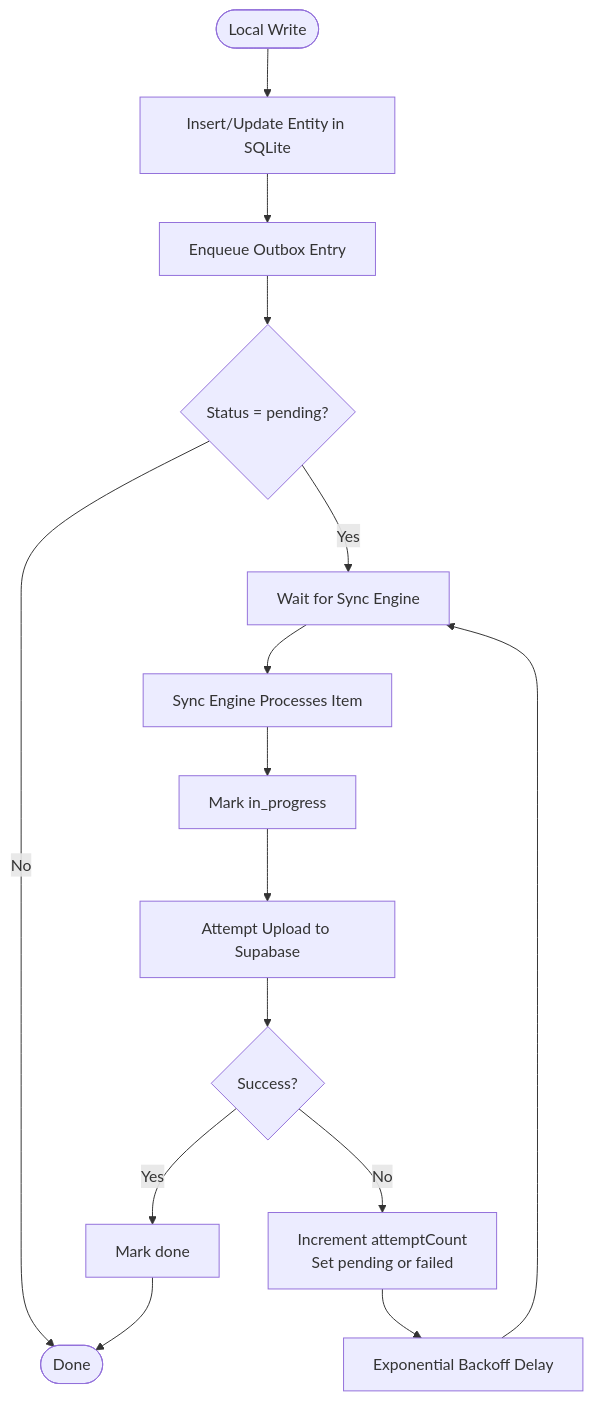
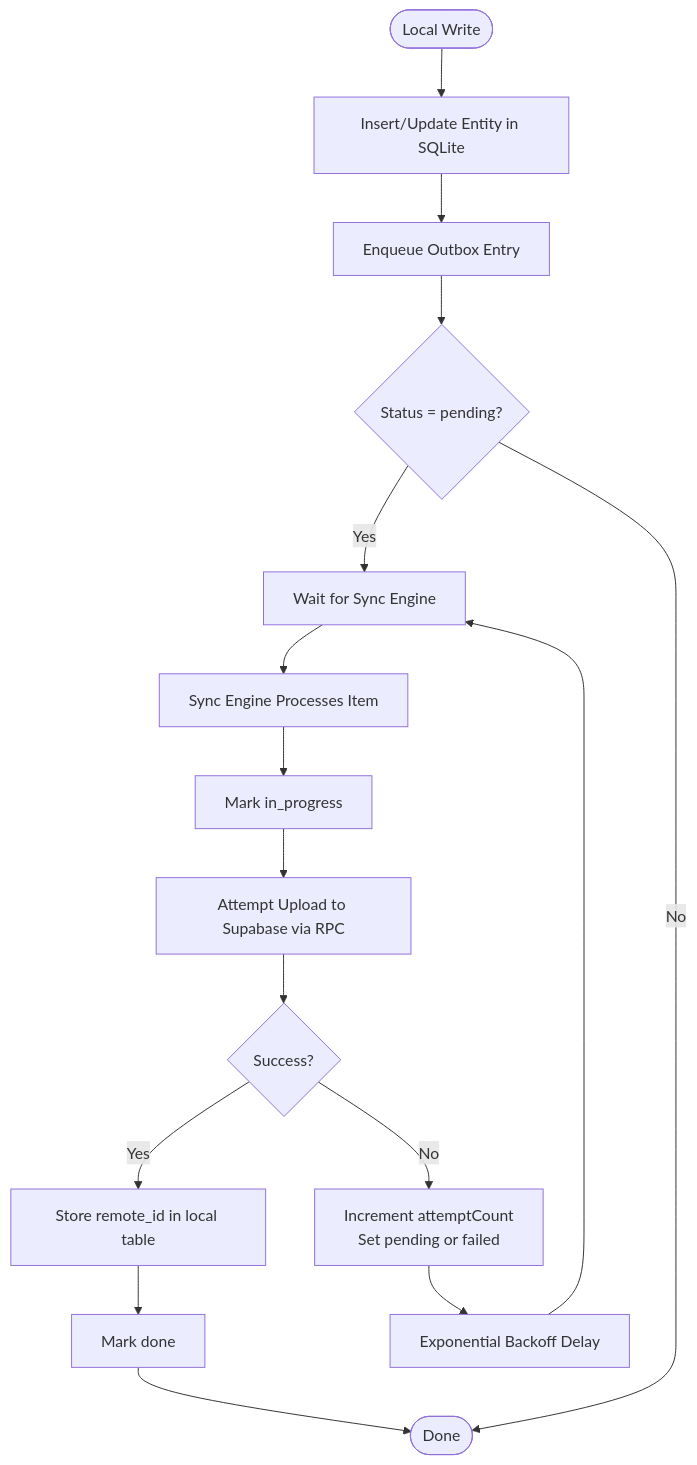
One commit to AdeelTahir-SE/DermSight changed the fourth of 10 diagrams in .qoder/repowiki/en/content/Synchronization System.md. Above: the diagram before and after it, drawn with Mermaid. The commit also changed other lines of this file and 33 other files, not shown here.

````diff
--- a/.qoder/repowiki/en/content/Synchronization System.md
+++ b/.qoder/repowiki/en/content/Synchronization System.md
@@ -150,17 +319,18 @@
 ```mermaid
 flowchart TD
 Start(["Local Write"]) --> InsertEntity["Insert/Update Entity in SQLite"]
 InsertEntity --> Enqueue["Enqueue Outbox Entry"]
 Enqueue --> StatusPending{"Status = pending?"}
 StatusPending --> |Yes| WaitForSync["Wait for Sync Engine"]
 StatusPending --> |No| End(["Done"])
 WaitForSync --> Process["Sync Engine Processes Item"]
 Process --> UpdateStatus["Mark in_progress"]
-UpdateStatus --> AttemptUpload["Attempt Upload to Supabase"]
+UpdateStatus --> AttemptUpload["Attempt Upload to Supabase via RPC"]
 AttemptUpload --> Success{"Success?"}
-Success --> |Yes| MarkDone["Mark done"]
+Success --> |Yes| StoreRemoteId["Store remote_id in local table"]
+StoreRemoteId --> MarkDone["Mark done"]
 Success --> |No| RetryLogic["Increment attemptCount<br/>Set pending or failed"]
 RetryLogic --> Backoff["Exponential Backoff Delay"]
 Backoff --> WaitForSync
 MarkDone --> End
 ```
````
